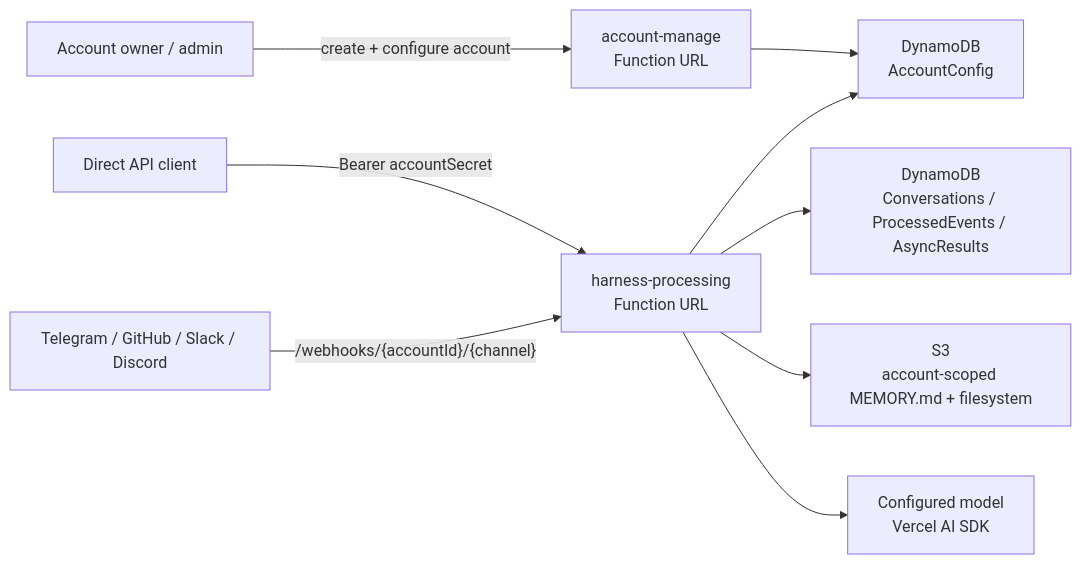
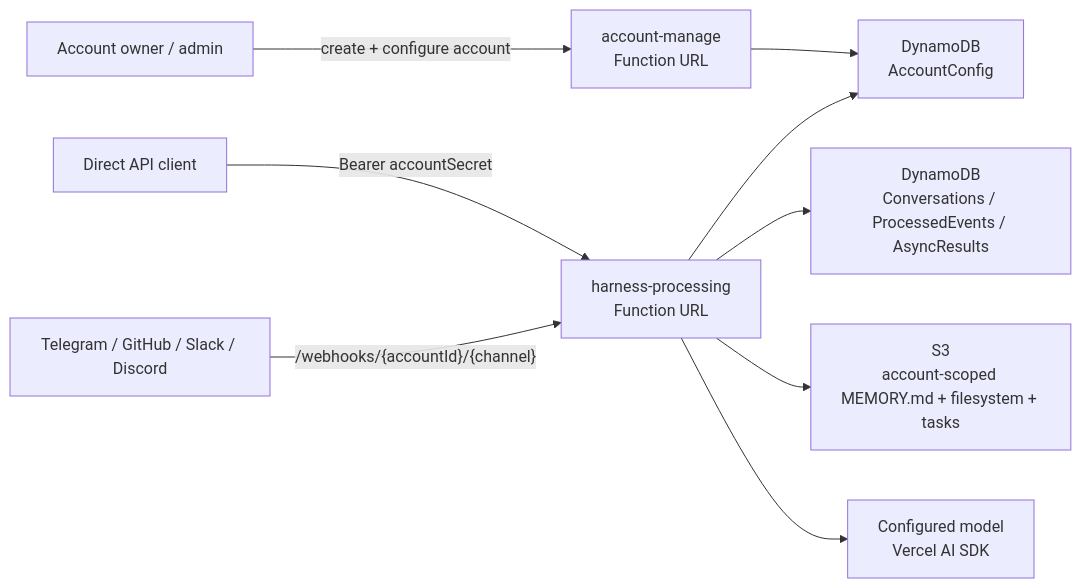
Before and after one commit to beeblastco/filthy-panty: the diagram in README.md, drawn with Mermaid. The commit also changed other lines of this file and 36 other files, not shown here.

First line of the commit message:
refactor: workspace config, session management, and tool architecture

````diff
--- a/README.md
+++ b/README.md
@@ -27,12 +27,12 @@
 ```mermaid
 flowchart LR
   Admin["Account owner / admin"] -->|"create + configure account"| Manage["account-manage<br/>Function URL"]
   Client["Direct API client"] -->|"Bearer accountSecret"| Harness["harness-processing<br/>Function URL"]
   Provider["Telegram / GitHub / Slack / Discord"] -->|"/webhooks/{accountId}/{channel}"| Harness
 
   Manage --> Accounts["DynamoDB<br/>AccountConfig"]
   Harness --> Accounts
   Harness --> Conversations["DynamoDB<br/>Conversations / ProcessedEvents / AsyncResults"]
-  Harness --> Memory["S3<br/>account-scoped MEMORY.md + filesystem"]
+  Harness --> Memory["S3<br/>account-scoped MEMORY.md + filesystem + tasks"]
   Harness --> Model["Configured model<br/>Vercel AI SDK"]
 ```
````
